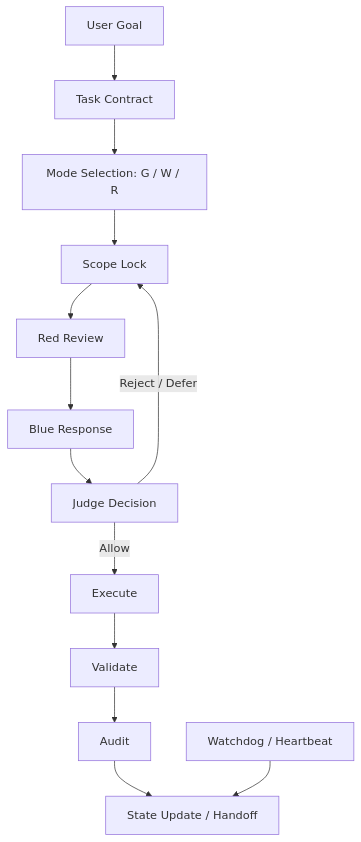
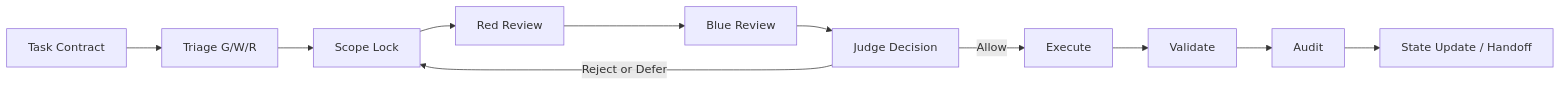
The third of 3 diagrams in README.md (pigeon-flower/multi-thread-generative-governance-skill), drawn with Mermaid before and after one commit. The commit also changed other lines of this file and 21 other files, not shown here.

````diff
--- a/README.md
+++ b/README.md
@@ -509,15 +142,13 @@
 ```mermaid
-flowchart TB
-    User["User Goal"] --> Contract["Task Contract"]
-    Contract --> Triage["Mode Selection: G / W / R"]
-    Triage --> Scope["Scope Lock"]
-    Scope --> Red["Red Review"]
-    Red --> Blue["Blue Response"]
-    Blue --> Judge["Judge Decision"]
-    Judge -->|Allow| Execute["Execute"]
-    Execute --> Validate["Validate"]
-    Validate --> Audit["Audit"]
-    Audit --> Handoff["State Update / Handoff"]
-    Judge -->|Reject / Defer| Scope
-    Watchdog["Watchdog / Heartbeat"] --> Handoff
+flowchart LR
+    A["Task Contract"] --> B["Triage G/W/R"]
+    B --> C["Scope Lock"]
+    C --> D["Red Review"]
+    D --> E["Blue Review"]
+    E --> F["Judge Decision"]
+    F -->|Allow| G["Execute"]
+    F -->|Reject or Defer| C
+    G --> H["Validate"]
+    H --> I["Audit"]
+    I --> J["State Update / Handoff"]
 ```
````
